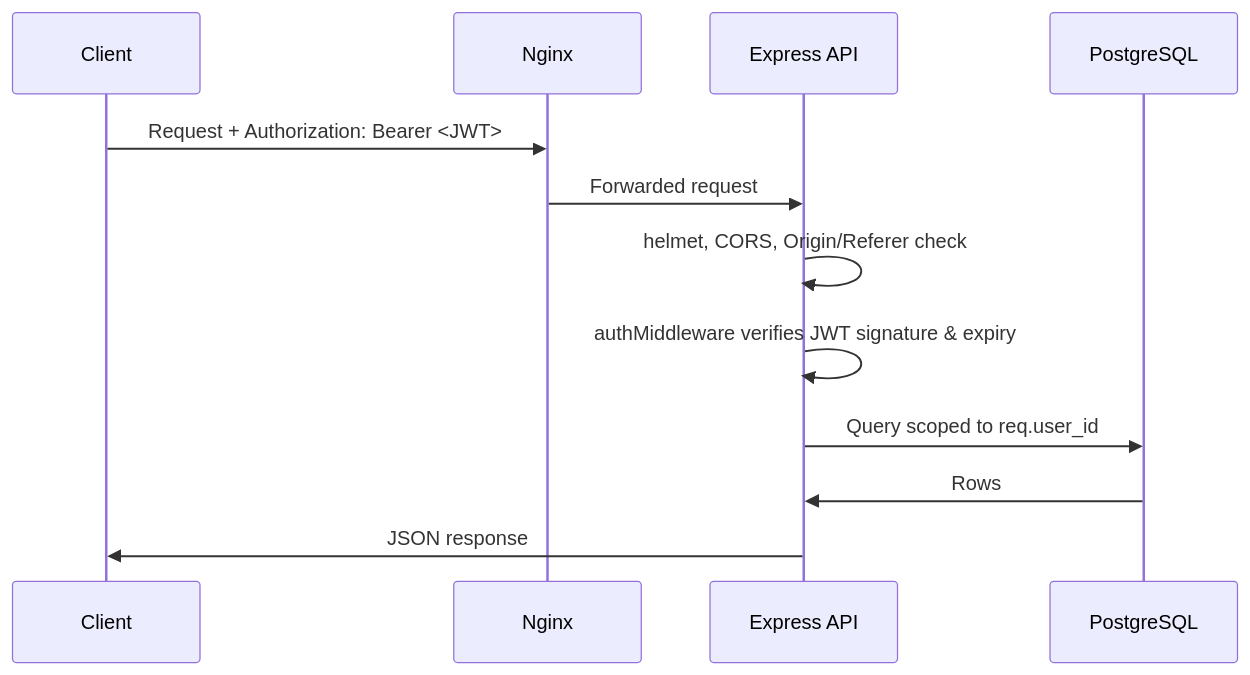
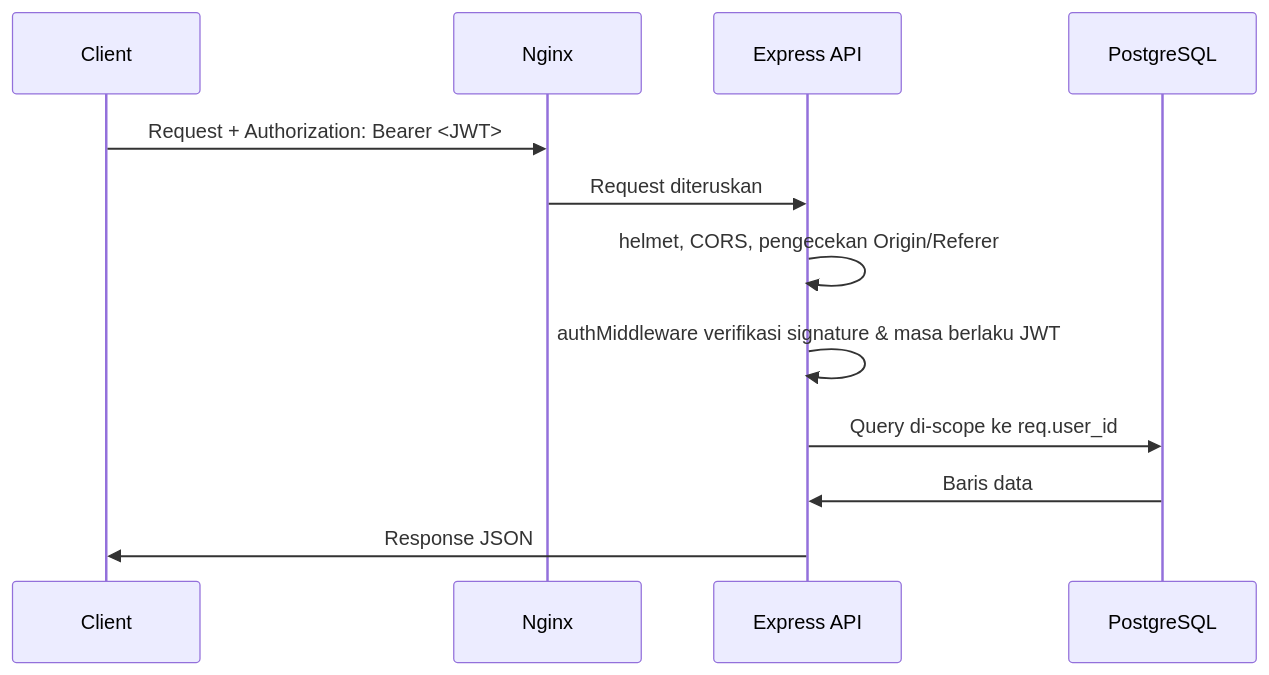
One commit to Hendrich/script-labs changed the second of 2 diagrams in docs/SYSTEM_ARCHITECTURE_V2.md. Above: the diagram before and after it, drawn with Mermaid. The commit also changed other lines of this file and 9 other files, not shown here.

````diff
--- a/docs/SYSTEM_ARCHITECTURE_V2.md
+++ b/docs/SYSTEM_ARCHITECTURE_V2.md
@@ -93,15 +94,15 @@
 ```mermaid
 sequenceDiagram
     participant C as Client
     participant NGX as Nginx
     participant API as Express API
     participant DB as PostgreSQL
 
     C->>NGX: Request + Authorization: Bearer <JWT>
-    NGX->>API: Forwarded request
-    API->>API: helmet, CORS, Origin/Referer check
-    API->>API: authMiddleware verifies JWT signature & expiry
-    API->>DB: Query scoped to req.user_id
-    DB->>API: Rows
-    API->>C: JSON response
+    NGX->>API: Request diteruskan
+    API->>API: helmet, CORS, pengecekan Origin/Referer
+    API->>API: authMiddleware verifikasi signature & masa berlaku JWT
+    API->>DB: Query di-scope ke req.user_id
+    DB->>API: Baris data
+    API->>C: Response JSON
 ```
````
